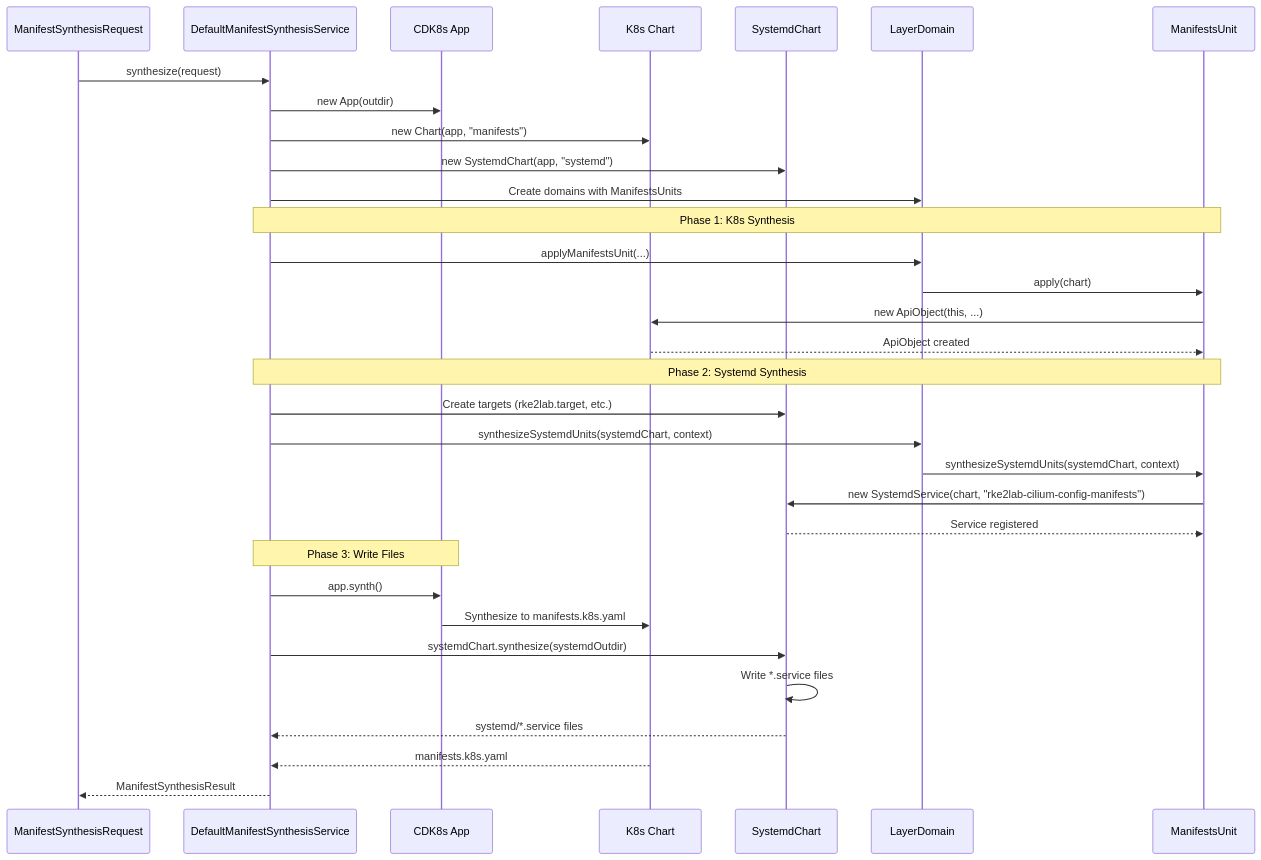
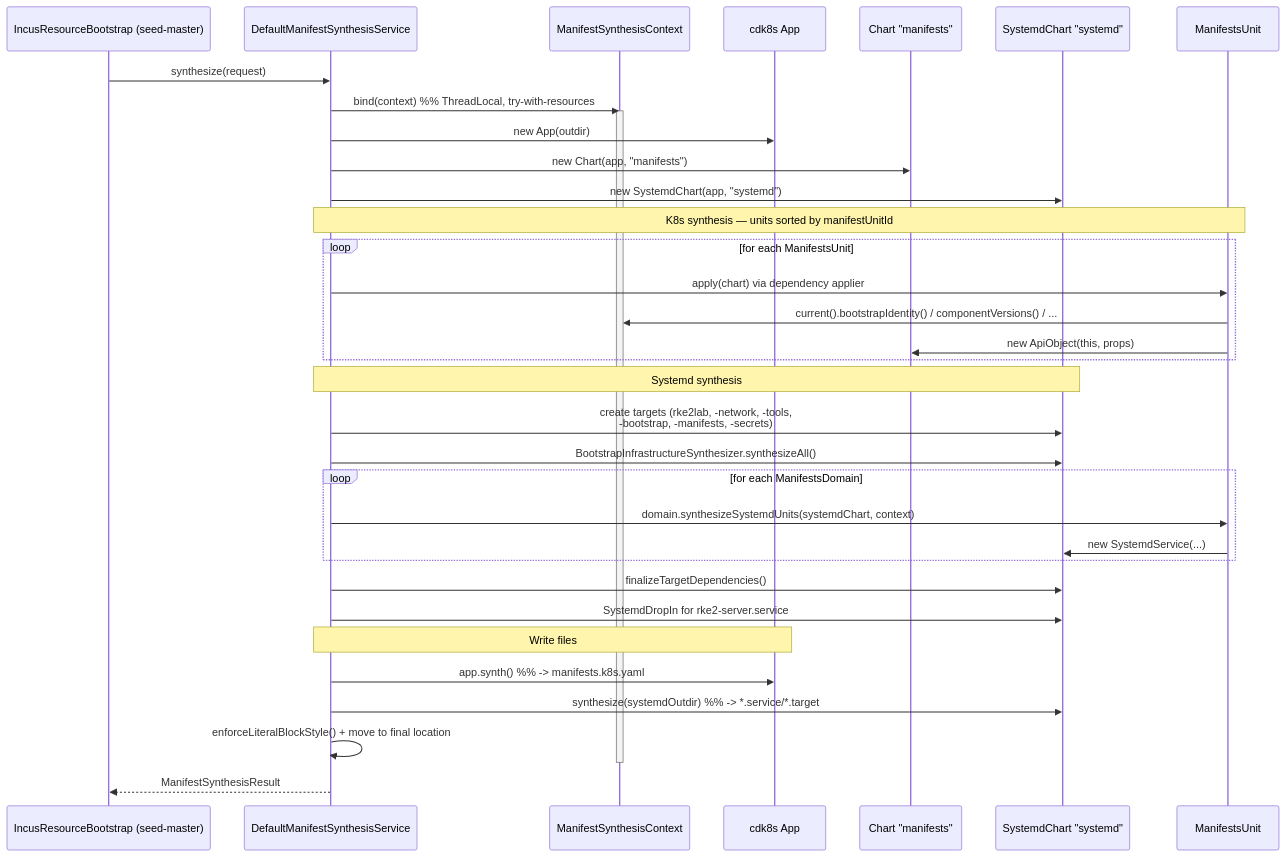
One commit to nxmatic/rke2lab changed the third of 3 diagrams in docs/manifests-architecture.adoc. Above: the diagram before and after it, drawn with Mermaid. The commit also changed other lines of this file and 15 other files, not shown here.

First line of the commit message:
docs(manifests): consolidate architecture docs into hub + companions

```diff
--- a/docs/manifests-architecture.adoc
+++ b/docs/manifests-architecture.adoc
@@ -323,41 +363,42 @@
 [mermaid]
 ----
 sequenceDiagram
-    participant Request as ManifestSynthesisRequest
-    participant Service as DefaultManifestSynthesisService
-    participant App as CDK8s App
-    participant Chart as K8s Chart
-    participant SystemdChart as SystemdChart
-    participant Domain as LayerDomain
+    participant Boot as IncusResourceBootstrap (seed-master)
+    participant Svc as DefaultManifestSynthesisService
+    participant Ctx as ManifestSynthesisContext
+    participant App as cdk8s App
+    participant Chart as Chart "manifests"
+    participant SysChart as SystemdChart "systemd"
     participant Unit as ManifestsUnit
 
-    Request->>Service: synthesize(request)
-    Service->>App: new App(outdir)
-    Service->>Chart: new Chart(app, "manifests")
-    Service->>SystemdChart: new SystemdChart(app, "systemd")
+    Boot->>Svc: synthesize(request)
+    Svc->>Ctx: bind(context)  %% ThreadLocal, try-with-resources
+    activate Ctx
+    Svc->>App: new App(outdir)
+    Svc->>Chart: new Chart(app, "manifests")
+    Svc->>SysChart: new SystemdChart(app, "systemd")
 
-    Service->>Domain: Create domains with ManifestsUnits
+    Note over Svc,Unit: K8s synthesis — units sorted by manifestUnitId
+    loop for each ManifestsUnit
+        Svc->>Unit: apply(chart) via dependency applier
+        Unit->>Ctx: current().bootstrapIdentity() / componentVersions() / ...
+        Unit->>Chart: new ApiObject(this, props)
+    end
 
-    Note over Service,Unit: Phase 1: K8s Synthesis
-    Service->>Domain: applyManifestsUnit(...)
-    Domain->>Unit: apply(chart)
-    Unit->>Chart: new ApiObject(this, ...)
-    Chart-->>Unit: ApiObject created
+    Note over Svc,SysChart: Systemd synthesis
+    Svc->>SysChart: create targets (rke2lab, -network, -tools,<br/>-bootstrap, -manifests, -secrets)
+    Svc->>SysChart: BootstrapInfrastructureSynthesizer.synthesizeAll()
+    loop for each ManifestsDomain
+        Svc->>Unit: domain.synthesizeSystemdUnits(systemdChart, context)
+        Unit->>SysChart: new SystemdService(...)
+    end
+    Svc->>SysChart: finalizeTargetDependencies()
+    Svc->>SysChart: SystemdDropIn for rke2-server.service
 
-    Note over Service,Unit: Phase 2: Systemd Synthesis
-    Service->>SystemdChart: Create targets (rke2lab.target, etc.)
-    Service->>Domain: synthesizeSystemdUnits(systemdChart, context)
-    Domain->>Unit: synthesizeSystemdUnits(systemdChart, context)
-    Unit->>SystemdChart: new SystemdService(chart, "rke2lab-cilium-config-manifests")
-    SystemdChart-->>Unit: Service registered
-
-    Note over Service,App: Phase 3: Write Files
-    Service->>App: app.synth()
-    App->>Chart: Synthesize to manifests.k8s.yaml
-    Service->>SystemdChart: systemdChart.synthesize(systemdOutdir)
-    SystemdChart->>SystemdChart: Write *.service files
-
-    SystemdChart-->>Service: systemd/*.service files
-    Chart-->>Service: manifests.k8s.yaml
-    Service-->>Request: ManifestSynthesisResult
+    Note over Svc,App: Write files
+    Svc->>App: app.synth()  %% -> manifests.k8s.yaml
+    Svc->>SysChart: synthesize(systemdOutdir)  %% -> *.service/*.target
+    Svc->>Svc: enforceLiteralBlockStyle() + move to final location
+    deactivate Ctx
+    Svc-->>Boot: ManifestSynthesisResult
 ----
```
